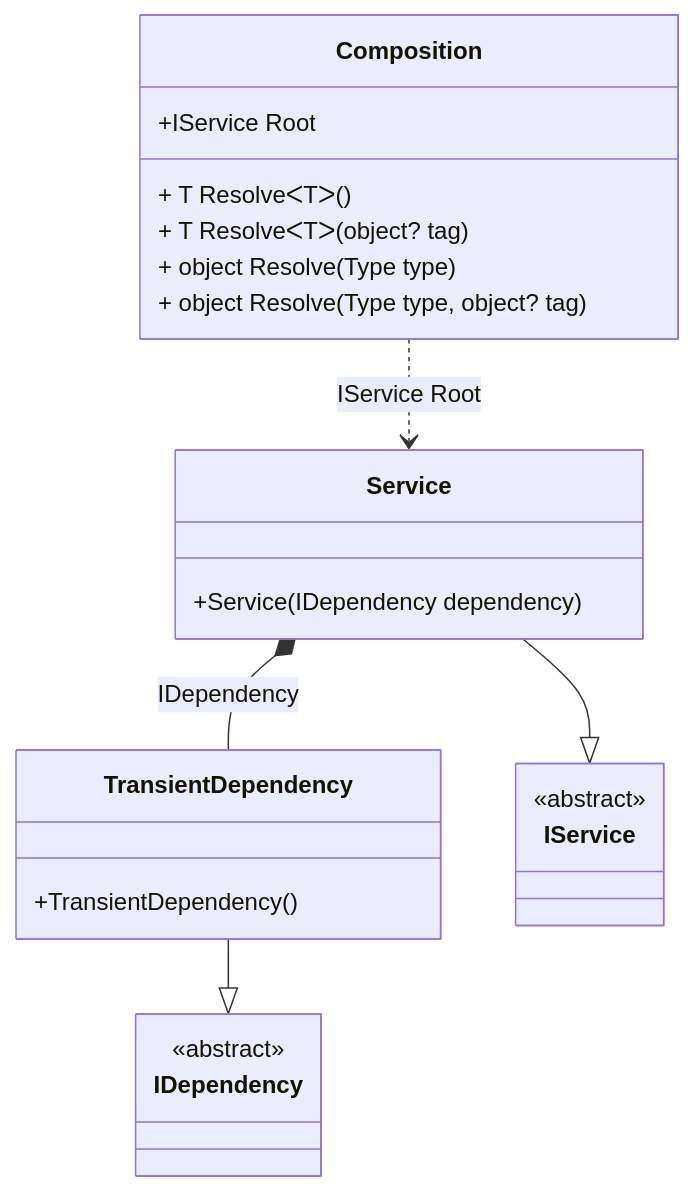
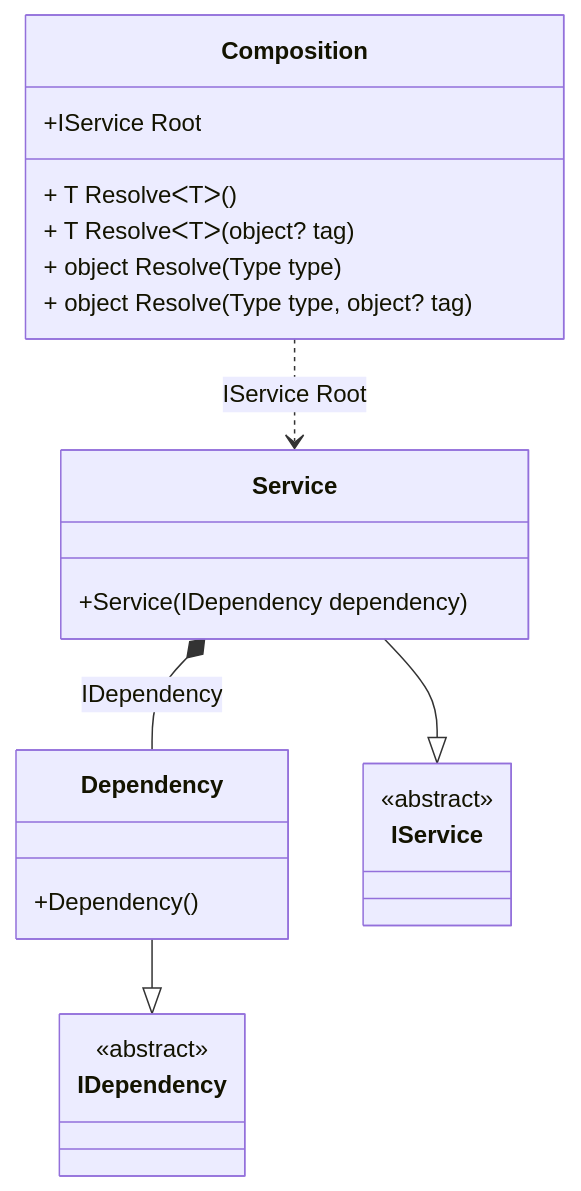
The diagram in readme/tracking-disposable-instances.md (DevTeam/Pure.DI), drawn with Mermaid before and after one commit. The commit also changed other lines of this file and 83 other files, not shown here.

````diff
--- a/readme/tracking-disposable-instances.md
+++ b/readme/tracking-disposable-instances.md
@@ -86,26 +86,26 @@
 ```mermaid
 classDiagram
   class Composition {
     +IService Root
     + T ResolveᐸTᐳ()
     + T ResolveᐸTᐳ(object? tag)
     + object Resolve(Type type)
     + object Resolve(Type type, object? tag)
   }
-  TransientDependency --|> IDependency : 
-  class TransientDependency {
-    +TransientDependency()
+  Dependency --|> IDependency : 
+  class Dependency {
+    +Dependency()
   }
   Service --|> IService : 
   class Service {
     +Service(IDependency dependency)
   }
   class IDependency {
     <<abstract>>
   }
   class IService {
     <<abstract>>
   }
-  Service *--  TransientDependency : IDependency
+  Service *--  Dependency : IDependency
   Composition ..> Service : IService Root
 ```
````
